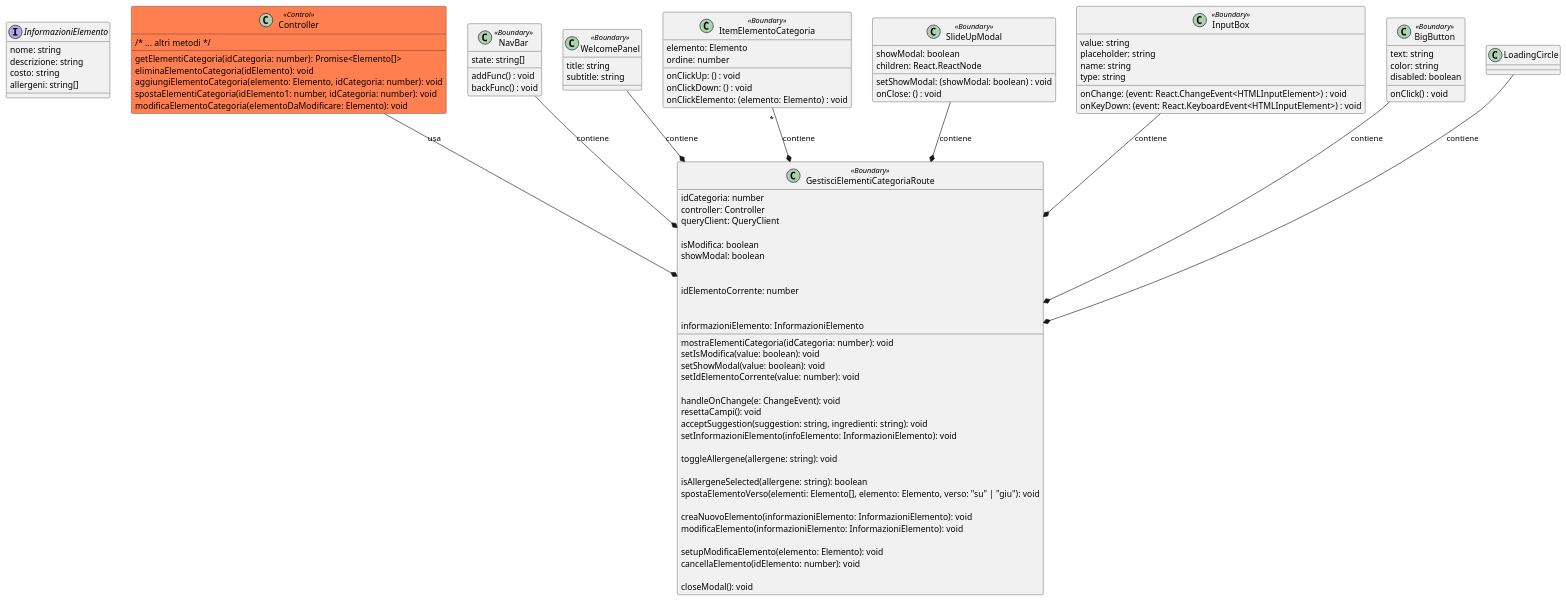
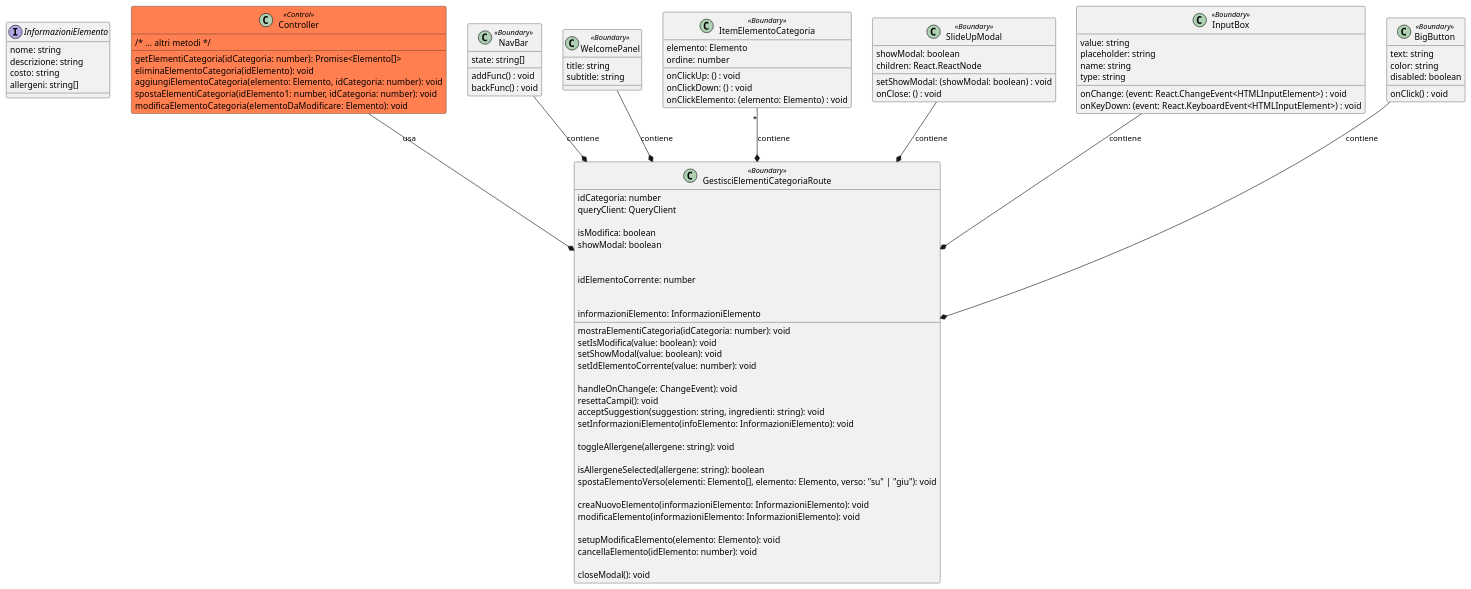
The diagram in diagrams/PUML/routes/GestisciElementiCategoriaRoute.puml (macro21KGB/Esame-INGSW-22-23), drawn with PlantUML before and after one commit. The commit also changed 34 other files, not shown here.

```diff
--- a/diagrams/PUML/routes/GestisciElementiCategoriaRoute.puml
+++ b/diagrams/PUML/routes/GestisciElementiCategoriaRoute.puml
@@ -1,119 +1,117 @@
 @startuml
 
 interface InformazioniElemento {
 	nome: string
 	descrizione: string
 	costo: string
 	allergeni: string[]
 }
 
 class Controller <<Control>> #coral{
 
 	/* ... altri metodi */
 	getElementiCategoria(idCategoria: number): Promise<Elemento[]>
 	eliminaElementoCategoria(idElemento): void
 	aggiungiElementoCategoria(elemento: Elemento, idCategoria: number): void
 	spostaElementiCategoria(idElemento1: number, idCategoria: number): void
 	modificaElementoCategoria(elementoDaModificare: Elemento): void
 }
 
 class GestisciElementiCategoriaRoute <<Boundary>> {
 	
 	idCategoria: number
-	controller: Controller
 	queryClient: QueryClient
 	mostraElementiCategoria(idCategoria: number): void
 
 	isModifica: boolean
 	showModal: boolean
 
 	setIsModifica(value: boolean): void
 	setShowModal(value: boolean): void
 
 	idElementoCorrente: number
 	setIdElementoCorrente(value: number): void
 
 	handleOnChange(e: ChangeEvent): void
 	resettaCampi(): void 
 	acceptSuggestion(suggestion: string, ingredienti: string): void
 
 	informazioniElemento: InformazioniElemento
 	setInformazioniElemento(infoElemento: InformazioniElemento): void
 
 	toggleAllergene(allergene: string): void
 
 	isAllergeneSelected(allergene: string): boolean
 	spostaElementoVerso(elementi: Elemento[], elemento: Elemento, verso: "su" | "giu"): void
 
 	creaNuovoElemento(informazioniElemento: InformazioniElemento): void
 	modificaElemento(informazioniElemento: InformazioniElemento): void
 
 	setupModificaElemento(elemento: Elemento): void
 	cancellaElemento(idElemento: number): void
 
 	closeModal(): void
 }
 
 class NavBar <<Boundary>> {
 
 	addFunc() : void
 	backFunc() : void
 	state: string[]
 	
 }
 
 class WelcomePanel <<Boundary>> {
 
   title: string
 	subtitle: string
 
 }
 	
 class ItemElementoCategoria <<Boundary>> {
 
 	elemento: Elemento
 	onClickUp: () : void
 	onClickDown: () : void
 	onClickElemento: (elemento: Elemento) : void
 	ordine: number
 
 }
 
 class SlideUpModal <<Boundary>> {
 
 	showModal: boolean
 	setShowModal: (showModal: boolean) : void
 	children: React.ReactNode
 	onClose: () : void
 
 }
 
 class InputBox <<Boundary>> {
 
 	value: string
 	placeholder: string
 	name: string
 	type: string
 	onChange: (event: React.ChangeEvent<HTMLInputElement>) : void
 	onKeyDown: (event: React.KeyboardEvent<HTMLInputElement>) : void
 
 }
 
 class BigButton <<Boundary>> {
 
   onClick() : void
   text: string
   color: string
   disabled: boolean
 
 }
 BigButton--* GestisciElementiCategoriaRoute : contiene
 InputBox --* GestisciElementiCategoriaRoute : contiene
 SlideUpModal --* GestisciElementiCategoriaRoute : contiene
 ItemElementoCategoria "*"--* GestisciElementiCategoriaRoute : contiene
 WelcomePanel--* GestisciElementiCategoriaRoute : contiene
 NavBar --* GestisciElementiCategoriaRoute : contiene
-LoadingCircle --* GestisciElementiCategoriaRoute : contiene
 
 Controller --* GestisciElementiCategoriaRoute : usa
 @enduml
```
